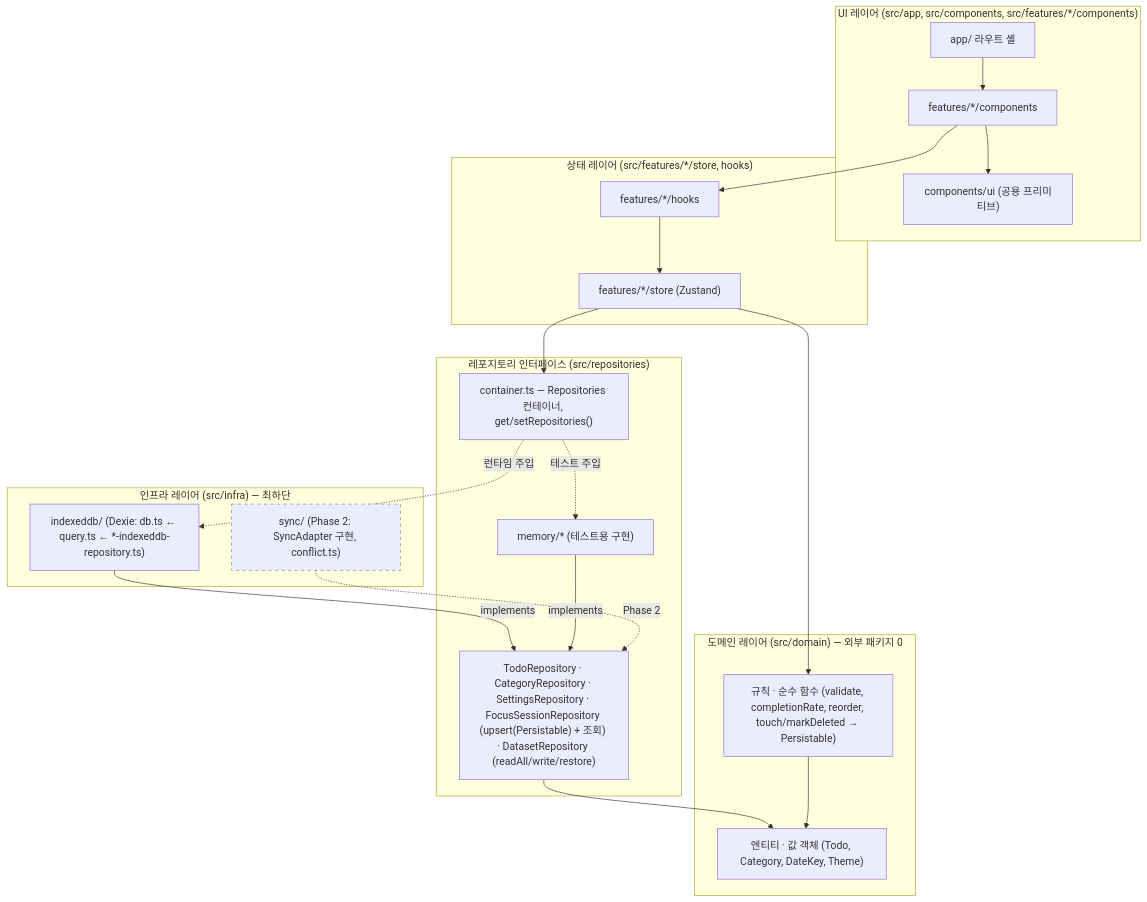
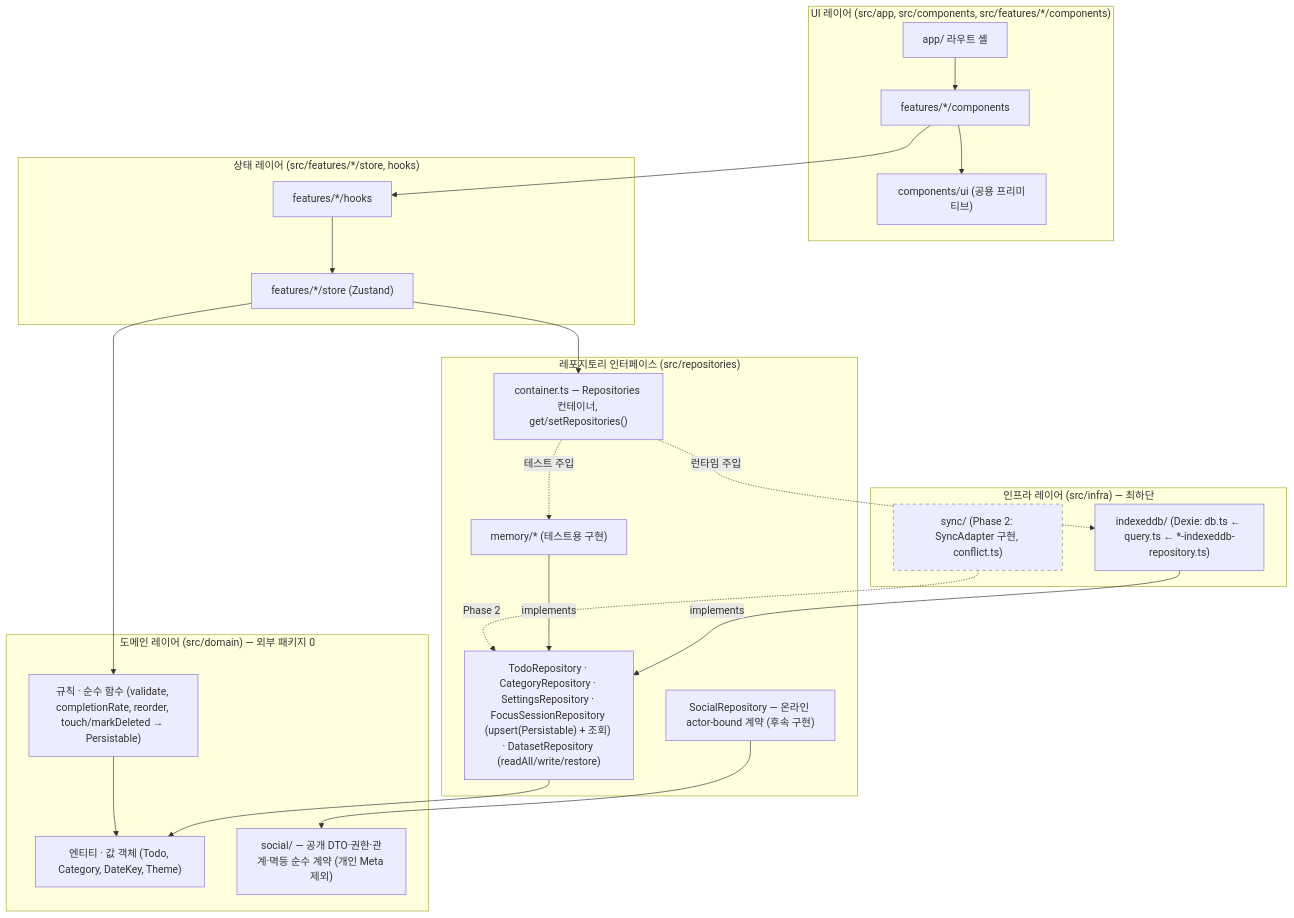
One commit to alfks/Tasky changed the diagram in docs/ARCHITECTURE.md. Above: the diagram before and after it, drawn with Mermaid. The commit also changed other lines of this file and 18 other files, not shown here.

````diff
--- a/docs/ARCHITECTURE.md
+++ b/docs/ARCHITECTURE.md
@@ -10,34 +10,37 @@
 ```mermaid
 flowchart TB
   subgraph UI["UI 레이어  (src/app, src/components, src/features/*/components)"]
     APP["app/ 라우트 셸"] --> FC["features/*/components"]
     FC --> CU["components/ui (공용 프리미티브)"]
   end
   subgraph STATE["상태 레이어  (src/features/*/store, hooks)"]
     HK["features/*/hooks"] --> ST["features/*/store (Zustand)"]
   end
   subgraph DOMAIN["도메인 레이어  (src/domain)  — 외부 패키지 0"]
     EN["엔티티 · 값 객체 (Todo, Category, DateKey, Theme)"]
     RU["규칙 · 순수 함수 (validate, completionRate, reorder, touch/markDeleted → Persistable)"]
+    SO["social/ — 공개 DTO·권한·관계·멱등 순수 계약 (개인 Meta 제외)"]
   end
   subgraph PORT["레포지토리 인터페이스  (src/repositories)"]
     RI["TodoRepository · CategoryRepository · SettingsRepository · FocusSessionRepository (upsert(Persistable) + 조회) · DatasetRepository (readAll/write/restore)"]
+    SR["SocialRepository — 온라인 actor-bound 계약 (후속 구현)"]
     RM["memory/* (테스트용 구현)"]
     RC["container.ts — Repositories 컨테이너, get/setRepositories()"]
   end
   subgraph INFRA["인프라 레이어  (src/infra)  — 최하단"]
     IDB["indexeddb/ (Dexie: db.ts ← query.ts ← *-indexeddb-repository.ts)"]
     SYNC["sync/ (Phase 2: SyncAdapter 구현, conflict.ts)"]:::ext
   end
   FC --> HK
   ST --> RU
   ST --> RC
   RC -. 런타임 주입 .-> IDB
   RC -. 테스트 주입 .-> RM
   IDB -- implements --> RI
   RM -- implements --> RI
   RI --> EN
+  SR --> SO
   RU --> EN
   SYNC -. Phase 2 .-> RI
   classDef ext stroke-dasharray: 5 5,stroke:#888;
 ```
````
